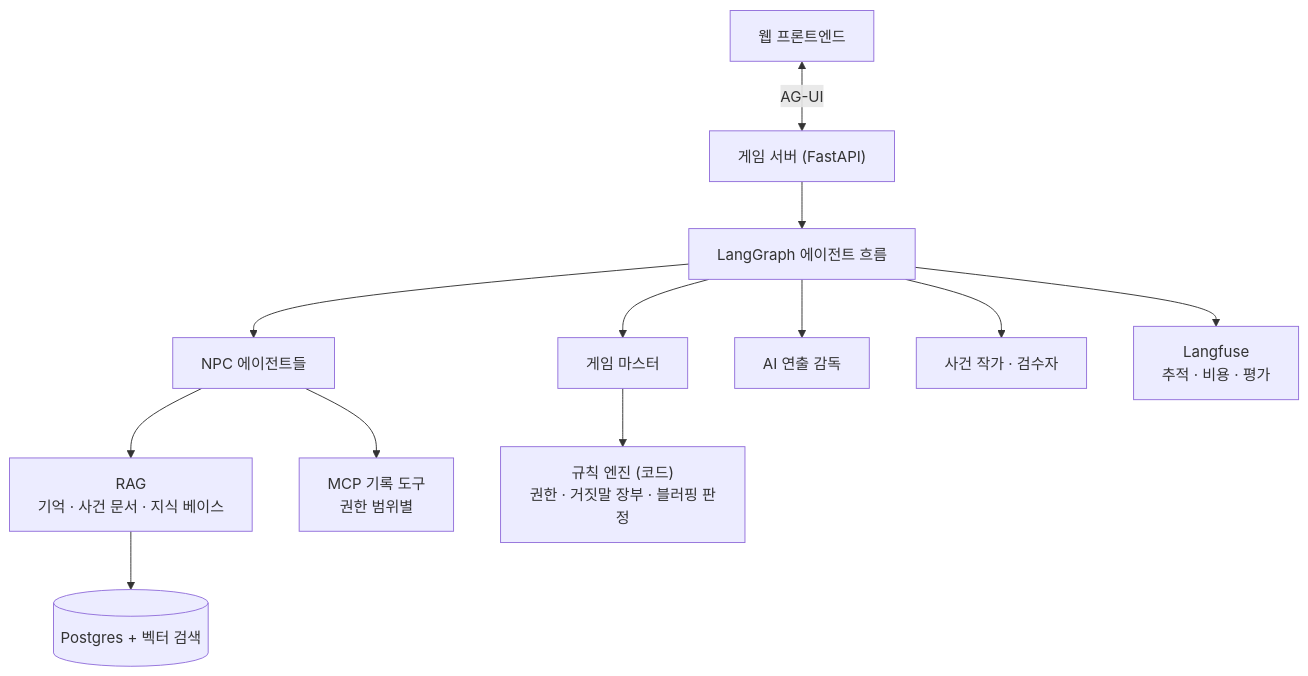
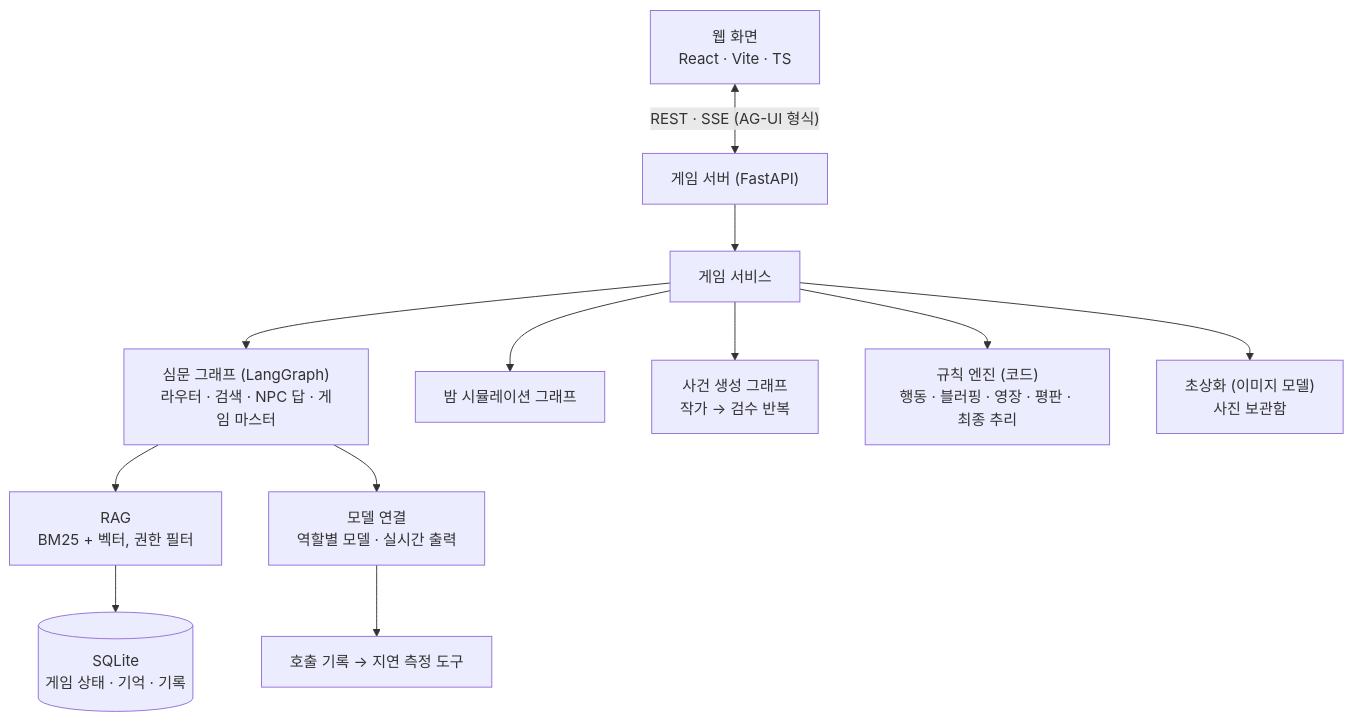
Before and after one commit to seungwook-kim/the-suspects: the diagram in README.md, drawn with Mermaid. The commit also changed other lines of this file and 19 other files, not shown here.

````diff
--- a/README.md
+++ b/README.md
@@ -88,14 +118,14 @@
 ```mermaid
 flowchart TB
-    UI["웹 프론트엔드"] <-->|"AG-UI"| API["게임 서버 (FastAPI)"]
-    API --> LG["LangGraph 에이전트 흐름"]
-    LG --> NPC["NPC 에이전트들"]
-    LG --> GM["게임 마스터"]
-    LG --> DIR["AI 연출 감독"]
-    LG --> WR["사건 작가 · 검수자"]
-    NPC --> RAG["RAG<br/>기억 · 사건 문서 · 지식 베이스"]
-    NPC --> MCP["MCP 기록 도구<br/>권한 범위별"]
-    GM --> RULE["규칙 엔진 (코드)<br/>권한 · 거짓말 장부 · 블러핑 판정"]
-    RAG --> DB[("Postgres + 벡터 검색")]
-    LG --> LF["Langfuse<br/>추적 · 비용 · 평가"]
+    UI["웹 화면<br/>React · Vite · TS"] <-->|"REST · SSE (AG-UI 형식)"| API["게임 서버 (FastAPI)"]
+    API --> SVC["게임 서비스"]
+    SVC --> TG["심문 그래프 (LangGraph)<br/>라우터 · 검색 · NPC 답 · 게임 마스터"]
+    SVC --> NG["밤 시뮬레이션 그래프"]
+    SVC --> CG["사건 생성 그래프<br/>작가 → 검수 반복"]
+    SVC --> RULE["규칙 엔진 (코드)<br/>행동 · 블러핑 · 영장 · 평판 · 최종 추리"]
+    TG --> RAG["RAG<br/>BM25 + 벡터, 권한 필터"]
+    RAG --> DB[("SQLite<br/>게임 상태 · 기억 · 기록")]
+    SVC --> IMG["초상화 (이미지 모델)<br/>사진 보관함"]
+    TG --> LLM["모델 연결<br/>역할별 모델 · 실시간 출력"]
+    LLM --> TR["호출 기록 → 지연 측정 도구"]
 ```
````
